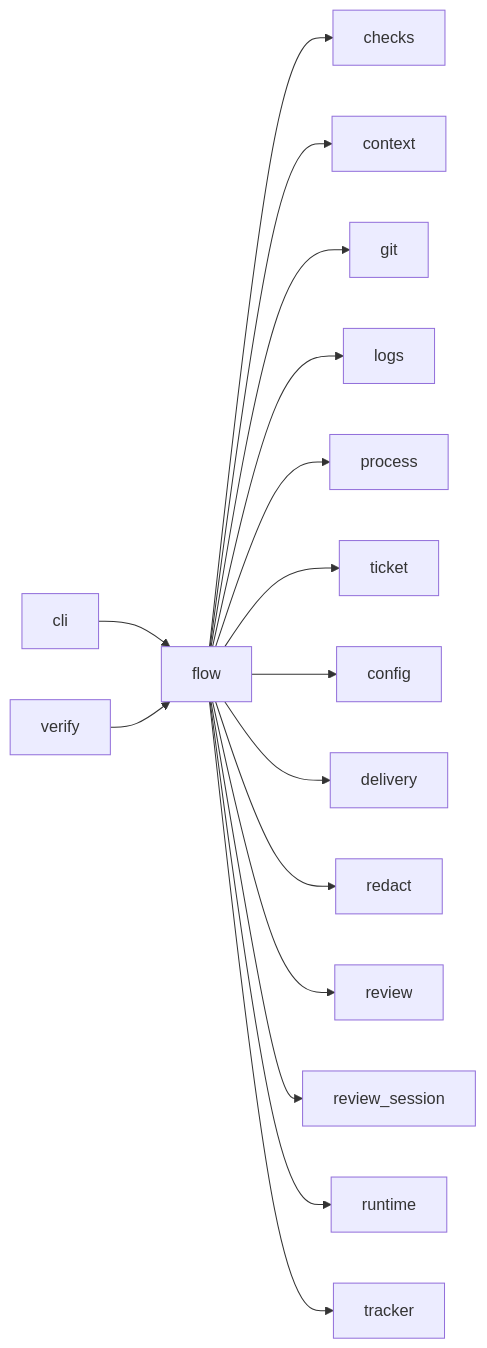
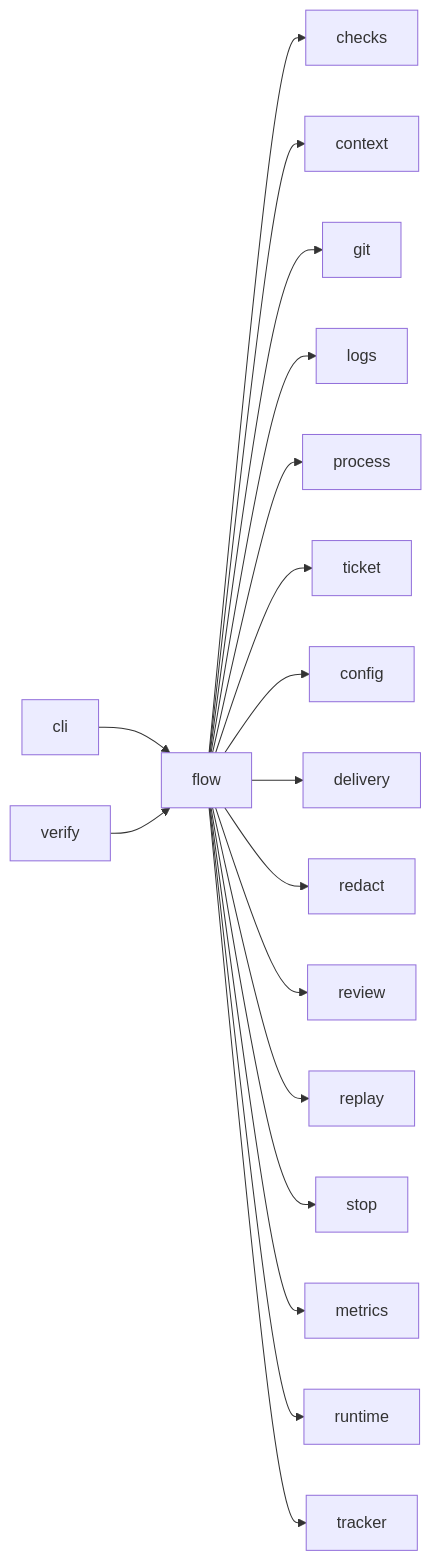
Before and after one commit to plaplanche/ariane: the diagram in docs/architecture/modules/flow.md, drawn with Mermaid. The commit also changed other lines of this file and 15 other files, not shown here.

````diff
--- a/docs/architecture/modules/flow.md
+++ b/docs/architecture/modules/flow.md
@@ -24,18 +26,20 @@
 ```mermaid
 flowchart LR
   flow --> checks
   flow --> context
   flow --> git
   flow --> logs
   flow --> process
   flow --> ticket
   flow --> config
   flow --> delivery
   flow --> redact
   flow --> review
-  flow --> review_session
+  flow --> replay
+  flow --> stop
+  flow --> metrics
   flow --> runtime
   flow --> tracker
   cli --> flow
   verify --> flow
 ```
````
